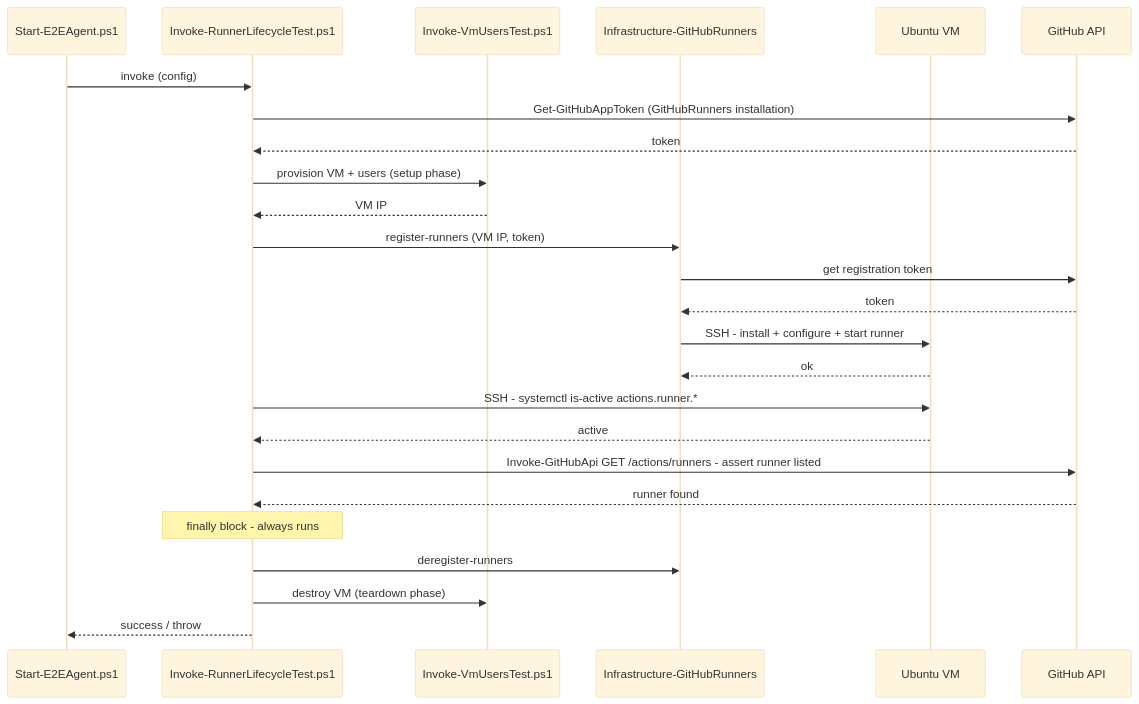
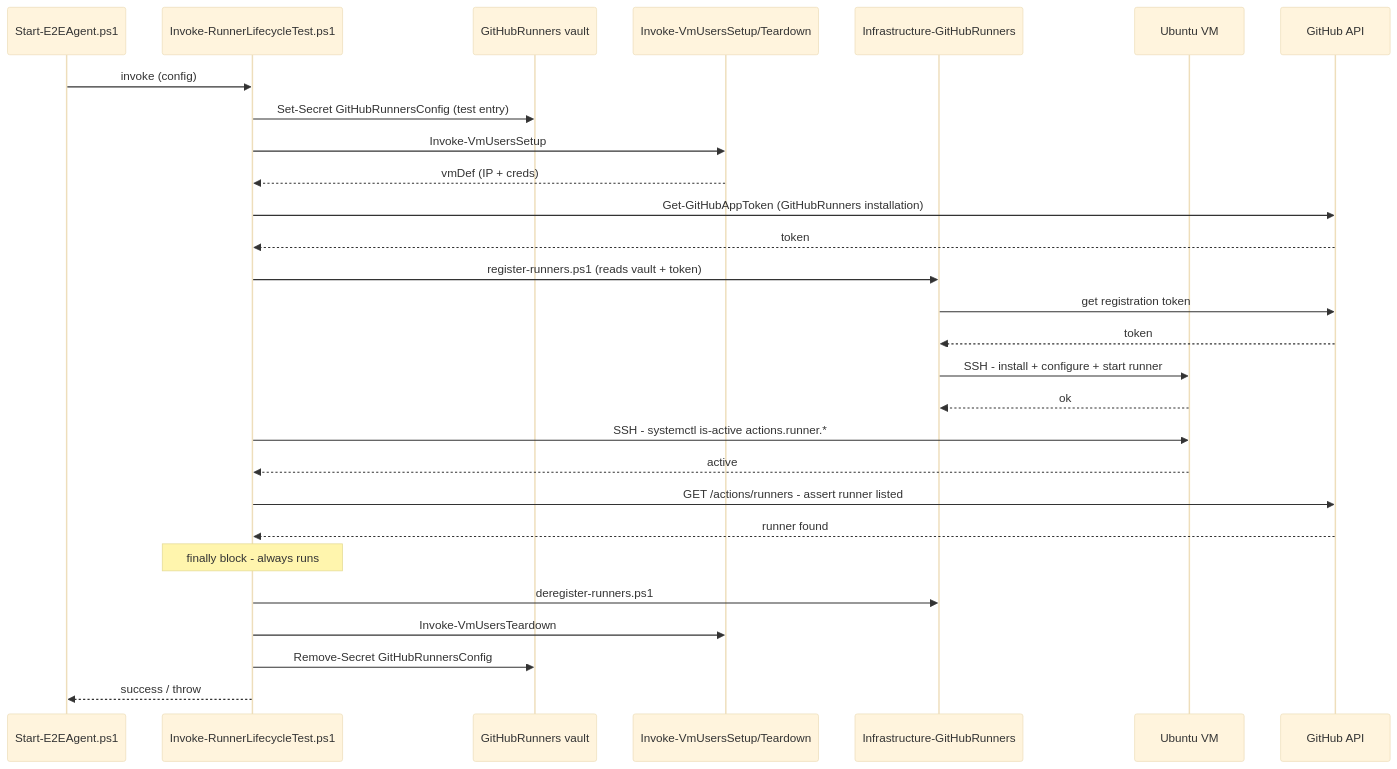
Before and after one commit to Klark-Morrigan/Infrastructure-E2E: diagram 11 of 12 in docs/dev/implementation/01 - initial implementation/plan.md, drawn with Mermaid (base theme). The commit also changed other lines of this file, not shown here.

````diff
--- a/docs/dev/implementation/01 - initial implementation/plan.md
+++ b/docs/dev/implementation/01 - initial implementation/plan.md
@@ -568,32 +675,35 @@
 ```mermaid
 sequenceDiagram
     participant AG as Start-E2EAgent.ps1
     participant T as Invoke-RunnerLifecycleTest.ps1
-    participant VU as Invoke-VmUsersTest.ps1
+    participant RV as GitHubRunners vault
+    participant VU as Invoke-VmUsersSetup/Teardown
     participant RUN as Infrastructure-GitHubRunners
     participant VM as Ubuntu VM
     participant GH as GitHub API
 
     AG->>T: invoke (config)
+    T->>RV: Set-Secret GitHubRunnersConfig (test entry)
+    T->>VU: Invoke-VmUsersSetup
+    VU-->>T: vmDef (IP + creds)
     T->>GH: Get-GitHubAppToken (GitHubRunners installation)
     GH-->>T: token
-    T->>VU: provision VM + users (setup phase)
-    VU-->>T: VM IP
 
-    T->>RUN: register-runners (VM IP, token)
+    T->>RUN: register-runners.ps1 (reads vault + token)
     RUN->>GH: get registration token
     GH-->>RUN: token
     RUN->>VM: SSH - install + configure + start runner
     VM-->>RUN: ok
 
     T->>VM: SSH - systemctl is-active actions.runner.*
     VM-->>T: active
 
-    T->>GH: Invoke-GitHubApi GET /actions/runners - assert runner listed
+    T->>GH: GET /actions/runners - assert runner listed
     GH-->>T: runner found
 
     note over T: finally block - always runs
-    T->>RUN: deregister-runners
-    T->>VU: destroy VM (teardown phase)
+    T->>RUN: deregister-runners.ps1
+    T->>VU: Invoke-VmUsersTeardown
+    T->>RV: Remove-Secret GitHubRunnersConfig
     T-->>AG: success / throw
 ```
````
